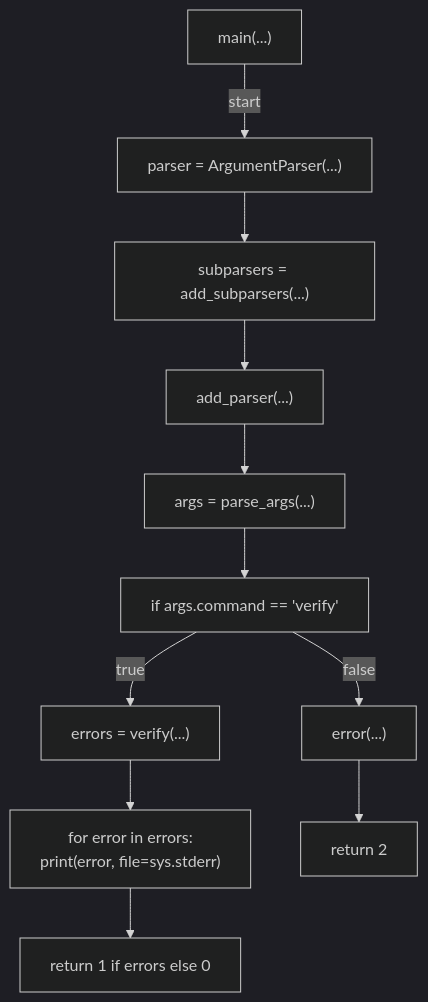
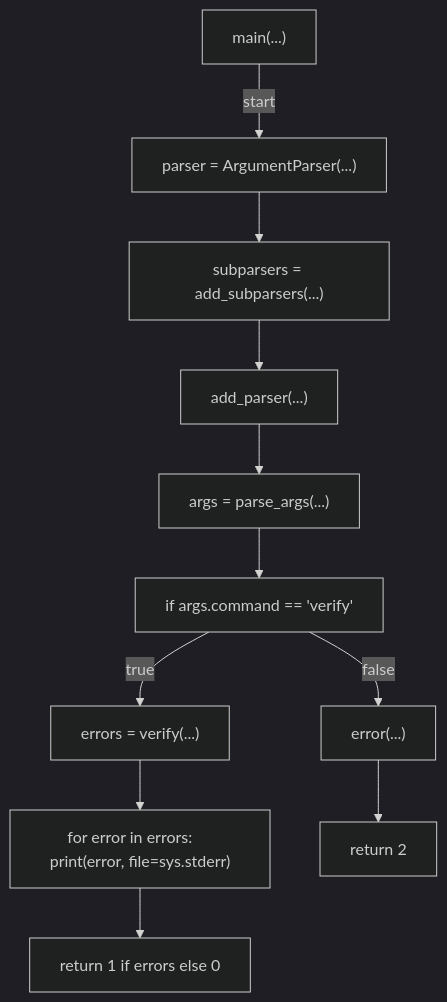
Before and after one commit to tvna/claude-md: the sixth of 6 diagrams in docs/generated/scripts/ast/scan_docs_inventory.md, drawn with Mermaid (dark theme). The commit also changed other lines of this file and 29 other files, not shown here.

First line of the commit message:
docs(generated): regenerate decision tree and workflow diagrams (batch 3/5)

````diff
--- a/docs/generated/scripts/ast/scan_docs_inventory.md
+++ b/docs/generated/scripts/ast/scan_docs_inventory.md
@@ -117,25 +94,24 @@
 ```mermaid
 flowchart TD
     N001["main(...)"]
     N002["parser = ArgumentParser(...)"]
     N003["subparsers = add_subparsers(...)"]
     N004["add_parser(...)"]
     N005["args = parse_args(...)"]
     N006["if args.command == 'verify'"]
     N007["errors = verify(...)"]
-    N008["for error in errors:
-    print(error, file=sys.stderr)"]
+    N008["for error in errors:     print(error, file=sys.stderr)"]
     N009["return 1 if errors else 0"]
     N010["error(...)"]
     N011["return 2"]
     N001 -->|"start"| N002
     N002 --> N003
     N003 --> N004
     N004 --> N005
     N005 --> N006
     N006 -->|"true"| N007
     N007 --> N008
     N008 --> N009
     N006 -->|"false"| N010
     N010 --> N011
 ```
````
